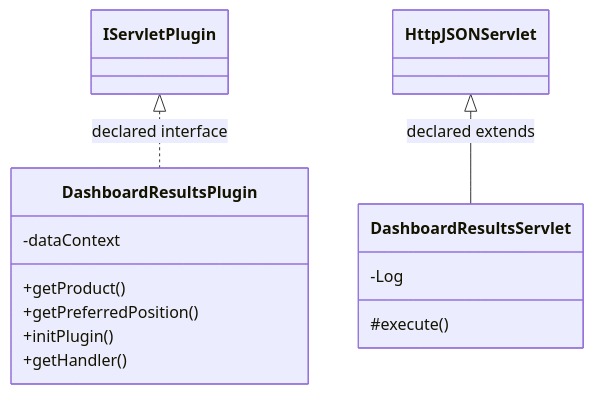
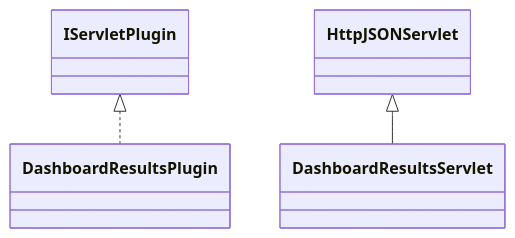
The diagram in docs/sqx/Results/DashboardResults.md (haruperi/HaruQuantAI), drawn with Mermaid before and after one commit. The commit also changed other lines of this file and 1688 other files, not shown here.

````diff
--- a/docs/sqx/Results/DashboardResults.md
+++ b/docs/sqx/Results/DashboardResults.md
@@ -30,18 +26,9 @@
 ```mermaid
 classDiagram
-    class C26f1d4e2c840["DashboardResultsPlugin"] {
-        -dataContext
-        +getProduct()
-        +getPreferredPosition()
-        +initPlugin()
-        +getHandler()
-    }
-    class C12a5d2ec4e42["DashboardResultsServlet"] {
-        -Log
-        #execute()
-    }
-    class C249b5c671b1a["IServletPlugin"]
-    class C8900f90ae594["HttpJSONServlet"]
-    C249b5c671b1a <|.. C26f1d4e2c840 : declared interface
-    C8900f90ae594 <|-- C12a5d2ec4e42 : declared extends
+    class C0["DashboardResultsPlugin"]
+    class C1["DashboardResultsServlet"]
+    class E0["IServletPlugin"]
+    E0 <|.. C0
+    class E1["HttpJSONServlet"]
+    E1 <|-- C1
 ```
````
